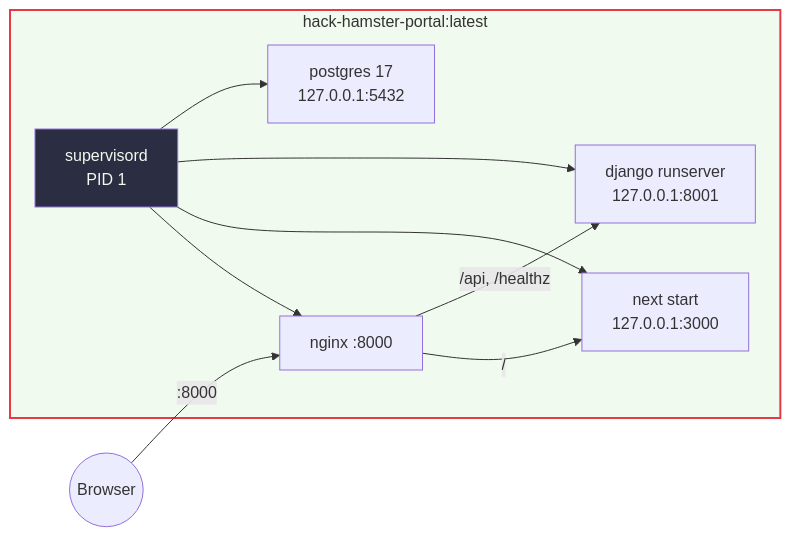
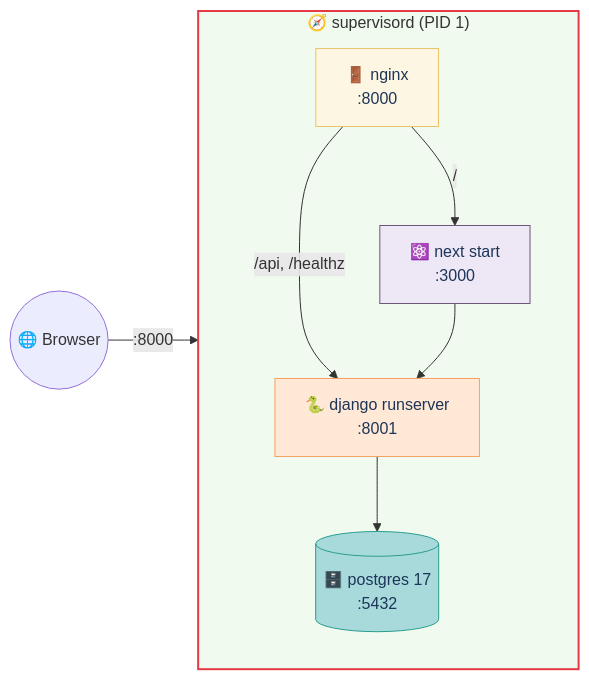
One commit to choksi2212/dogfood-hackathon changed the eighth of 10 diagrams in README.md. Above: the diagram before and after it, drawn with Mermaid. The commit also changed other lines of this file, not shown here.

First line of the commit message:
README: rebuild diagrams — landscape architecture + light themed palette

````diff
--- a/README.md
+++ b/README.md
@@ -399,20 +438,22 @@
 ```mermaid
 flowchart LR
-    subgraph Container["hack-hamster-portal:latest"]
-        SUP[supervisord<br/>PID 1]
-        PG[postgres 17<br/>127.0.0.1:5432]
-        DJ[django runserver<br/>127.0.0.1:8001]
-        NX[next start<br/>127.0.0.1:3000]
-        NG[nginx :8000]
-        SUP --> PG
-        SUP --> DJ
-        SUP --> NX
-        SUP --> NG
+    subgraph SUP["🧭 supervisord (PID 1)"]
+        direction TB
+        PG[("🗄️ postgres 17<br/>:5432")]
+        DJ["🐍 django runserver<br/>:8001"]
+        NX["⚛️ next start<br/>:3000"]
+        NG["🚪 nginx<br/>:8000"]
     end
-    Browser((Browser)) -->|:8000| NG
-    NG -->|/api, /healthz| DJ
-    NG -->|/| NX
 
-    style Container fill:#F1FAEE,stroke:#E63946,stroke-width:2px
-    style SUP fill:#2B2D42,color:#F1FAEE
+    B((🌐 Browser)) -->|":8000"| NG
+    NG -->|"/api, /healthz"| DJ
+    NG -->|"/"| NX
+    DJ --> PG
+    NX --> DJ
+
+    style SUP fill:#F1FAEE,stroke:#E63946,stroke-width:2px
+    style PG fill:#A8DADC,stroke:#2A9D8F,color:#1D3557
+    style DJ fill:#FFE8D6,stroke:#F4A261,color:#1D3557
+    style NX fill:#EDE7F6,stroke:#6C567B,color:#1D3557
+    style NG fill:#FDF6E3,stroke:#E9C46A,color:#1D3557
 ```
````
